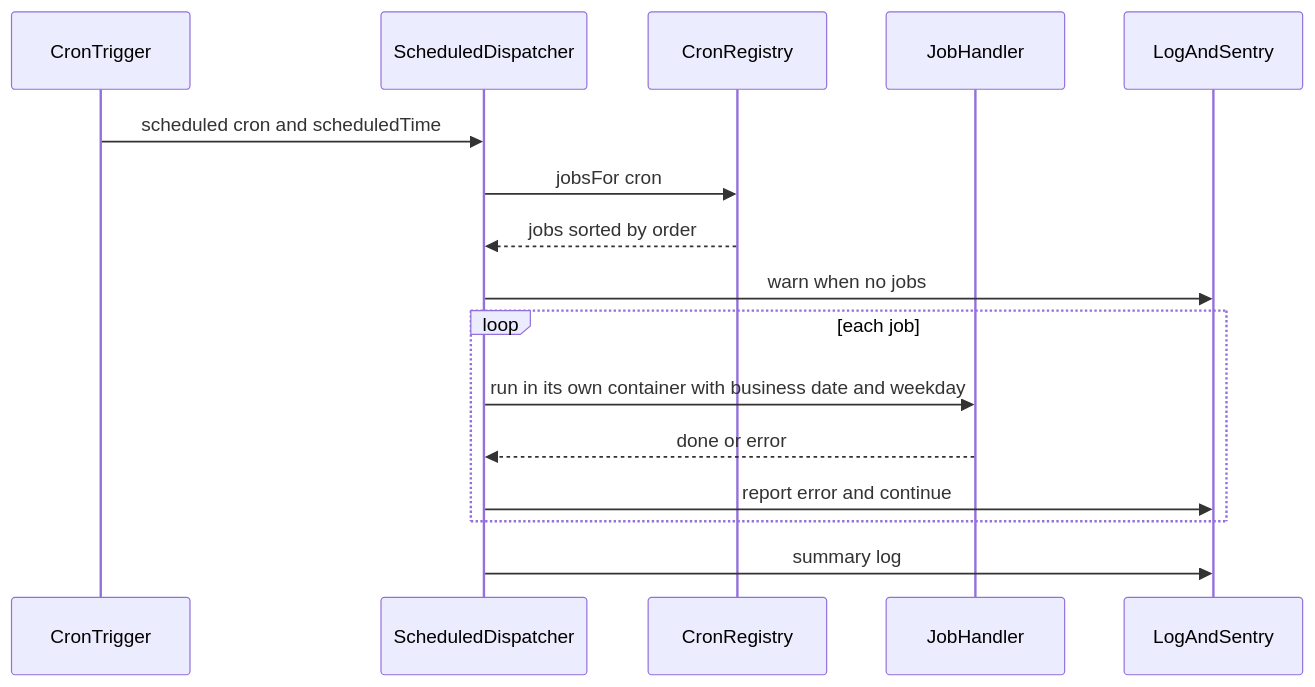
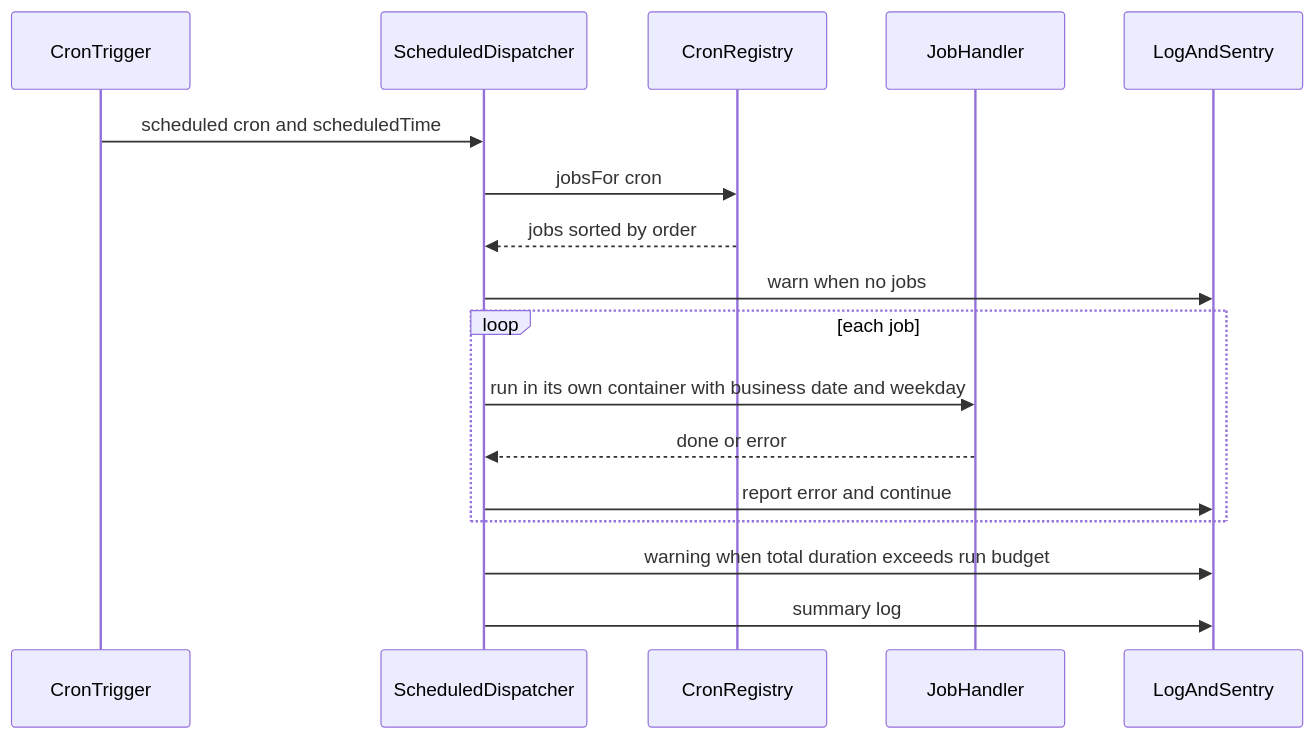
One commit to kurachiweb/genai-example-2-launch-platform changed the fourth of 5 diagrams in .kiro/specs/backend-platform/design.md. Above: the diagram before and after it, drawn with Mermaid. The commit also changed other lines of this file and 4 other files, not shown here.

````diff
--- a/.kiro/specs/backend-platform/design.md
+++ b/.kiro/specs/backend-platform/design.md
@@ -340,18 +348,19 @@
 ```mermaid
 sequenceDiagram
     participant T as CronTrigger
     participant D as ScheduledDispatcher
     participant Reg as CronRegistry
     participant J as JobHandler
     participant O as LogAndSentry
     T->>D: scheduled cron and scheduledTime
     D->>Reg: jobsFor cron
     Reg-->>D: jobs sorted by order
     D->>O: warn when no jobs
     loop each job
         D->>J: run in its own container with business date and weekday
         J-->>D: done or error
         D->>O: report error and continue
     end
+    D->>O: warning when total duration exceeds run budget
     D->>O: summary log
 ```
````
